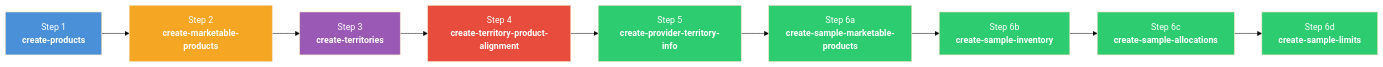
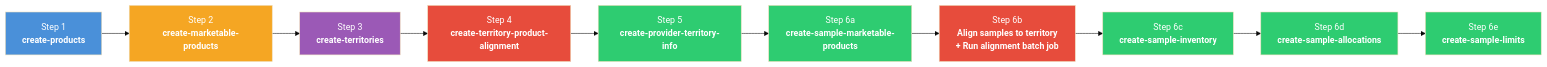
One commit to afls-ideas/Multi-Country-Brand-Setup changed the second of 2 diagrams in README-08-Sample-Management-Setup.md. Above: the diagram before and after it, drawn with Mermaid (base theme). The commit also changed other lines of this file and 2 other files, not shown here.

First line of the commit message:
Fix READMEs: sample territory alignment is the real fix, not SortOrder

````diff
--- a/README-08-Sample-Management-Setup.md
+++ b/README-08-Sample-Management-Setup.md
@@ -315,21 +354,23 @@
 ```mermaid
 flowchart LR
     S1["Step 1<br/><b>create-products</b>"] --> S2["Step 2<br/><b>create-marketable-products</b>"]
     S2 --> S3["Step 3<br/><b>create-territories</b>"]
     S3 --> S4["Step 4<br/><b>create-territory-product-alignment</b>"]
     S4 --> S5["Step 5<br/><b>create-provider-territory-info</b>"]
     S5 --> S6a["Step 6a<br/><b>create-sample-marketable-products</b>"]
-    S6a --> S6b["Step 6b<br/><b>create-sample-inventory</b>"]
-    S6b --> S6c["Step 6c<br/><b>create-sample-allocations</b>"]
-    S6c --> S6d["Step 6d<br/><b>create-sample-limits</b>"]
+    S6a --> S6b["Step 6b<br/><b>Align samples to territory<br/>+ Run alignment batch job</b>"]
+    S6b --> S6c["Step 6c<br/><b>create-sample-inventory</b>"]
+    S6c --> S6d["Step 6d<br/><b>create-sample-allocations</b>"]
+    S6d --> S6e["Step 6e<br/><b>create-sample-limits</b>"]
 
     style S1 fill:#4a90d9,color:#fff
     style S2 fill:#f5a623,color:#fff
     style S3 fill:#9b59b6,color:#fff
     style S4 fill:#e74c3c,color:#fff
     style S5 fill:#2ecc71,color:#fff
     style S6a fill:#2ecc71,color:#fff
-    style S6b fill:#2ecc71,color:#fff
+    style S6b fill:#e74c3c,color:#fff
     style S6c fill:#2ecc71,color:#fff
     style S6d fill:#2ecc71,color:#fff
+    style S6e fill:#2ecc71,color:#fff
 ```
````
